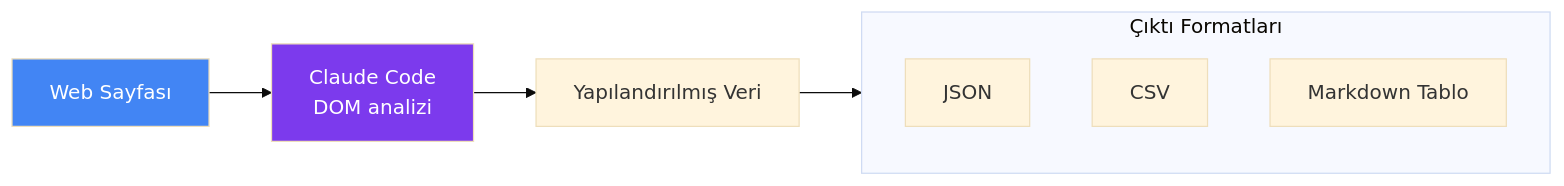
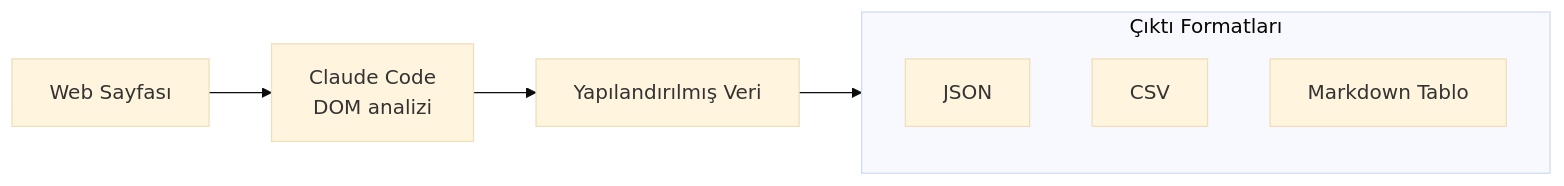
One commit to IzzetYasinAtes/ClaudeCodeHandbook changed the fourth of 4 diagrams in 15-entegrasyonlar/05-chrome-entegrasyonu.md. Above: the diagram before and after it, drawn with Mermaid (base theme). The commit also changed other lines of this file and 97 other files, not shown here.

Commit message:
Remove all custom Mermaid style/fill colors from 98 markdown files for consistent dark theme rendering

````diff
--- a/15-entegrasyonlar/05-chrome-entegrasyonu.md
+++ b/15-entegrasyonlar/05-chrome-entegrasyonu.md
@@ -153,17 +147,15 @@
 ```mermaid
 flowchart LR
     WEB["Web Sayfası"]
     WEB --> CC["Claude Code<br/>DOM analizi"]
     CC --> DATA["Yapılandırılmış Veri"]
     
     subgraph output ["Çıktı Formatları"]
         JSON["JSON"]
         CSV["CSV"]
         MD["Markdown Tablo"]
     end
     
     DATA --> output
 
-    style WEB fill:#4285F4,color:#fff
-    style CC fill:#7C3AED,color:#fff
 ```
````
